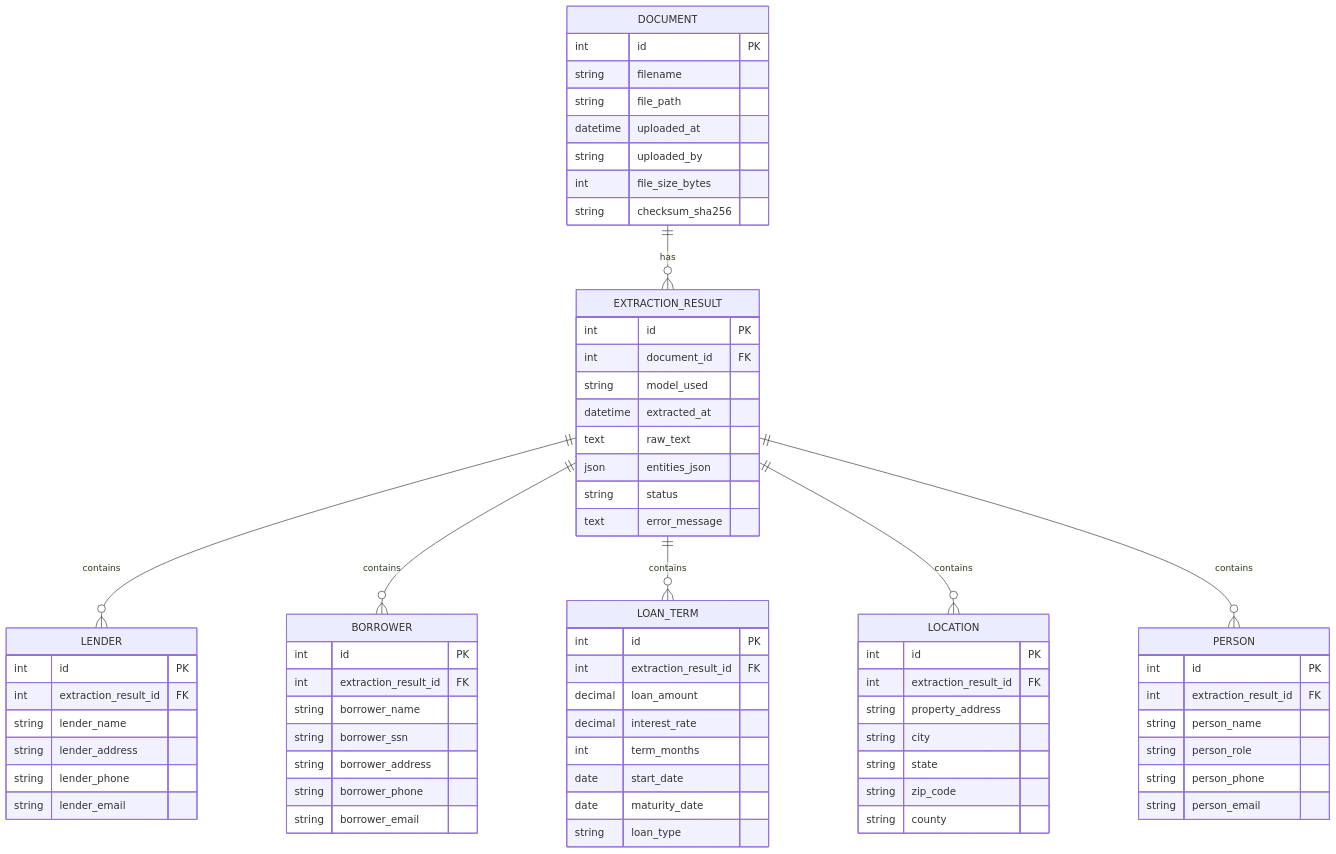
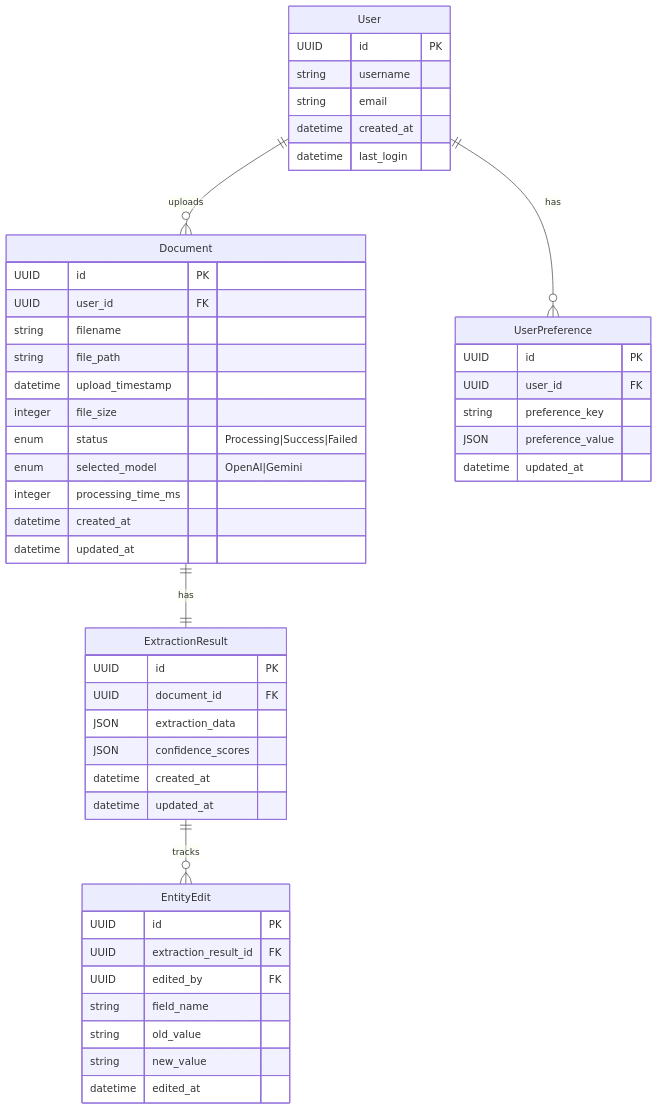
The fifth of 9 diagrams in .propel/context/docs/models.md (kanini/Loan-Origination-Poc), drawn with Mermaid before and after one commit. The commit also changed other lines of this file and 14 other files, not shown here.

````diff
--- a/.propel/context/docs/models.md
+++ b/.propel/context/docs/models.md
@@ -340,79 +341,56 @@
 ```mermaid
 erDiagram
-    DOCUMENT ||--o{ EXTRACTION_RESULT : has
-    EXTRACTION_RESULT ||--o{ LENDER : contains
-    EXTRACTION_RESULT ||--o{ BORROWER : contains
-    EXTRACTION_RESULT ||--o{ LOAN_TERM : contains
-    EXTRACTION_RESULT ||--o{ LOCATION : contains
-    EXTRACTION_RESULT ||--o{ PERSON : contains
+    User ||--o{ Document : "uploads"
+    User ||--o{ UserPreference : "has"
+    Document ||--|| ExtractionResult : "has"
+    ExtractionResult ||--o{ EntityEdit : "tracks"
     
-    DOCUMENT {
-        int id PK
+    User {
+        UUID id PK
+        string username
+        string email
+        datetime created_at
+        datetime last_login
+    }
+    
+    Document {
+        UUID id PK
+        UUID user_id FK
         string filename
         string file_path
-        datetime uploaded_at
-        string uploaded_by
-        int file_size_bytes
-        string checksum_sha256
+        datetime upload_timestamp
+        integer file_size
+        enum status "Processing|Success|Failed"
+        enum selected_model "OpenAI|Gemini"
+        integer processing_time_ms
+        datetime created_at
+        datetime updated_at
     }
     
-    EXTRACTION_RESULT {
-        int id PK
-        int document_id FK
-        string model_used
-        datetime extracted_at
-        text raw_text
-        json entities_json
-        string status
-        text error_message
+    ExtractionResult {
+        UUID id PK
+        UUID document_id FK
+        JSON extraction_data
+        JSON confidence_scores
+        datetime created_at
+        datetime updated_at
     }
     
-    LENDER {
-        int id PK
-        int extraction_result_id FK
-        string lender_name
-        string lender_address
-        string lender_phone
-        string lender_email
+    EntityEdit {
+        UUID id PK
+        UUID extraction_result_id FK
+        UUID edited_by FK
+        string field_name
+        string old_value
+        string new_value
+        datetime edited_at
     }
     
-    BORROWER {
-        int id PK
-        int extraction_result_id FK
-        string borrower_name
-        string borrower_ssn
-        string borrower_address
-        string borrower_phone
-        string borrower_email
-    }
-    
-    LOAN_TERM {
-        int id PK
-        int extraction_result_id FK
-        decimal loan_amount
-        decimal interest_rate
-        int term_months
-        date start_date
-        date maturity_date
-        string loan_type
-    }
-    
-    LOCATION {
-        int id PK
-        int extraction_result_id FK
-        string property_address
-        string city
-        string state
-        string zip_code
-        string county
-    }
-    
-    PERSON {
-        int id PK
-        int extraction_result_id FK
-        string person_name
-        string person_role
-        string person_phone
-        string person_email
+    UserPreference {
+        UUID id PK
+        UUID user_id FK
+        string preference_key
+        JSON preference_value
+        datetime updated_at
     }
 ```
````
